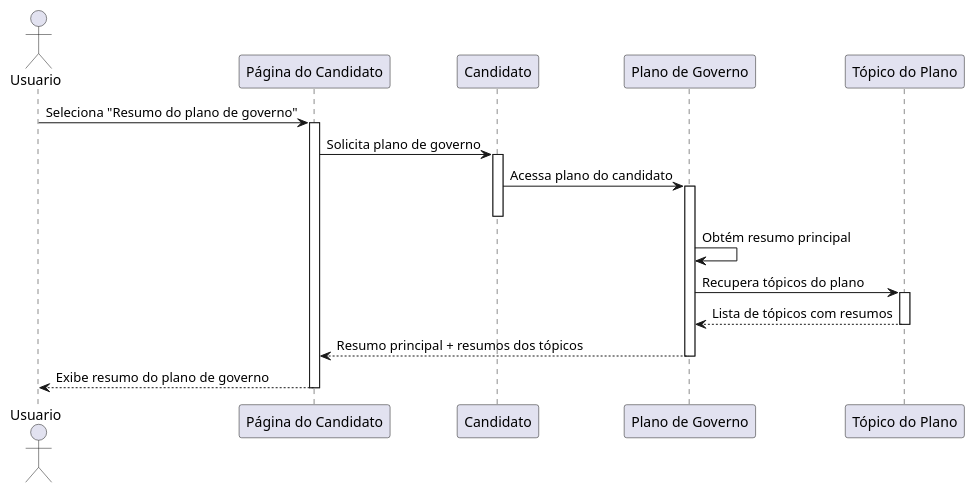
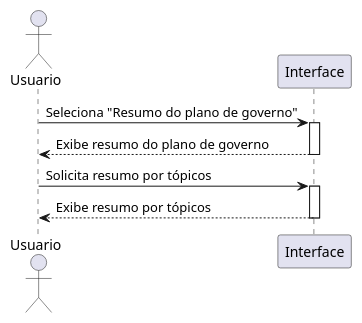
The diagram in Documentação /03 - Domínio/Diagramas_de_Sequência_de_Negócios/UC4.md (gabrielfaravola/ProjetoEngenharia), drawn with PlantUML before and after one commit. The commit also changed other lines of this file, not shown here.

Commit message:
Atualiza diagrama de sequência do plano de governo
O diagrama de sequência foi atualizado para refletir o fluxo de interação entre o usuário e a interface na consulta de dados políticos, destacando a experiência de navegação e a visualização segmentada por tópicos.

````diff
--- a/Documentação /03 - Domínio/Diagramas_de_Sequência_de_Negócios/UC4.md
+++ b/Documentação /03 - Domínio/Diagramas_de_Sequência_de_Negócios/UC4.md
@@ -12,36 +12,20 @@
 ```plantuml
 @startuml
 
 actor Usuario
 
-participant "Página do Candidato" as UI
-participant "Candidato" as Candidato
-participant "Plano de Governo" as Plano
-participant "Tópico do Plano" as Topico
+participant "Interface" as UI
 
 Usuario -> UI : Seleciona "Resumo do plano de governo"
 activate UI
-
-UI -> Candidato : Solicita plano de governo
-activate Candidato
-
-Candidato -> Plano : Acessa plano do candidato
-activate Plano
-deactivate Candidato
-
-Plano -> Plano : Obtém resumo principal
-
-Plano -> Topico : Recupera tópicos do plano
-activate Topico
-
-Topico --> Plano : Lista de tópicos com resumos
-deactivate Topico
-
-Plano --> UI : Resumo principal + resumos dos tópicos
-deactivate Plano
-
 UI --> Usuario : Exibe resumo do plano de governo
 deactivate UI
 
+Usuario -> UI : Solicita resumo por tópicos
+activate UI
+UI --> Usuario : Exibe resumo por tópicos
+deactivate UI
+
+
 @enduml
 ```
````
